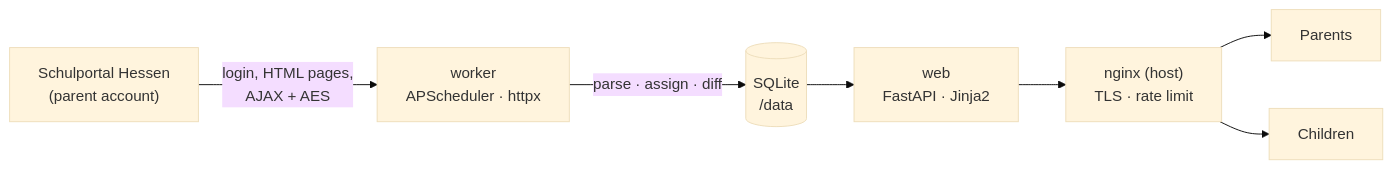
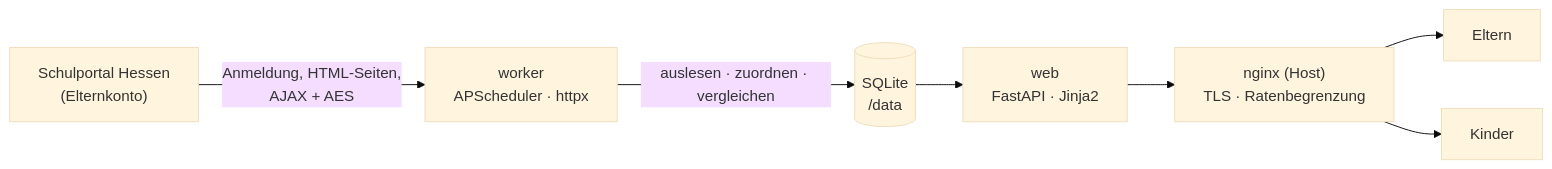
One commit to 2bAndi/schulportal changed the diagram in README.md. Above: the diagram before and after it, drawn with Mermaid (base theme). The commit also changed other lines of this file, not shown here.

````diff
--- a/README.md
+++ b/README.md
@@ -54,9 +56,9 @@
 ```mermaid
 flowchart LR
-    SPH["Schulportal Hessen<br/>(parent account)"] -->|"login, HTML pages,<br/>AJAX + AES"| W["worker<br/>APScheduler · httpx"]
-    W -->|"parse · assign · diff"| DB[("SQLite<br/>/data")]
+    SPH["Schulportal Hessen<br/>(Elternkonto)"] -->|"Anmeldung, HTML-Seiten,<br/>AJAX + AES"| W["worker<br/>APScheduler · httpx"]
+    W -->|"auslesen · zuordnen · vergleichen"| DB[("SQLite<br/>/data")]
     DB --> WEB["web<br/>FastAPI · Jinja2"]
-    WEB --> NGINX["nginx (host)<br/>TLS · rate limit"]
-    NGINX --> P["Parents"]
-    NGINX --> K["Children"]
+    WEB --> NGINX["nginx (Host)<br/>TLS · Ratenbegrenzung"]
+    NGINX --> P["Eltern"]
+    NGINX --> K["Kinder"]
 ```
````
